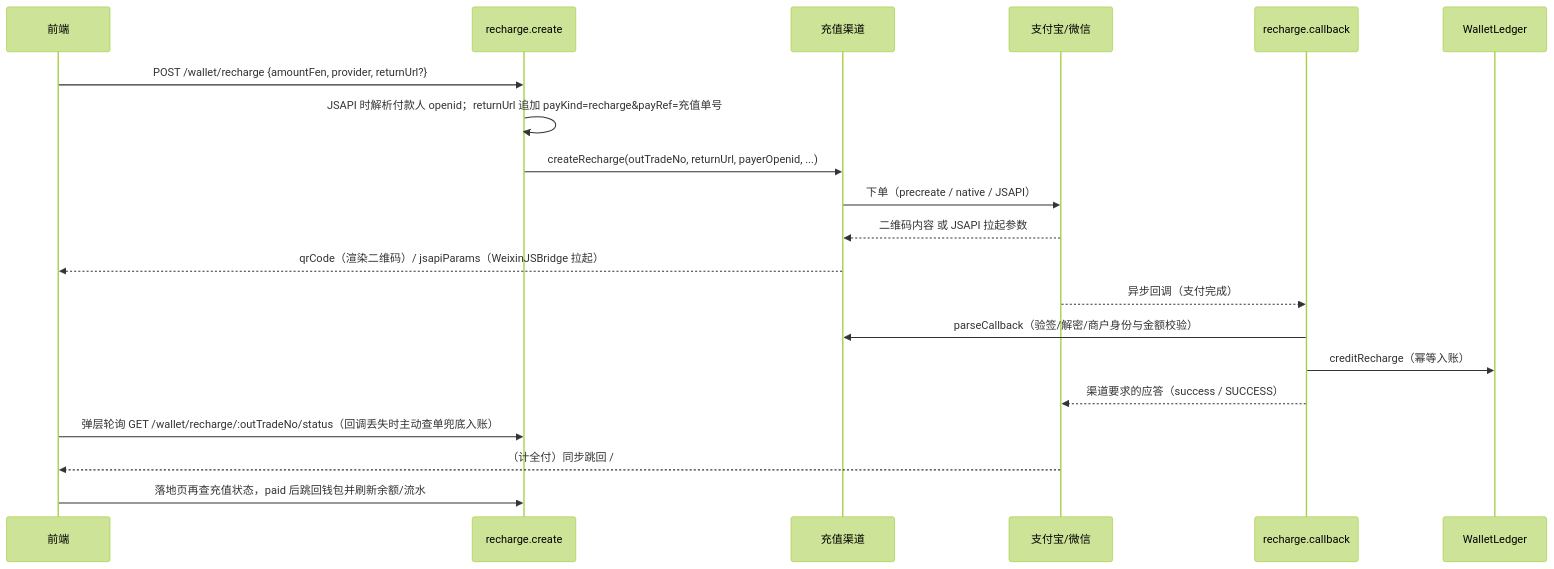
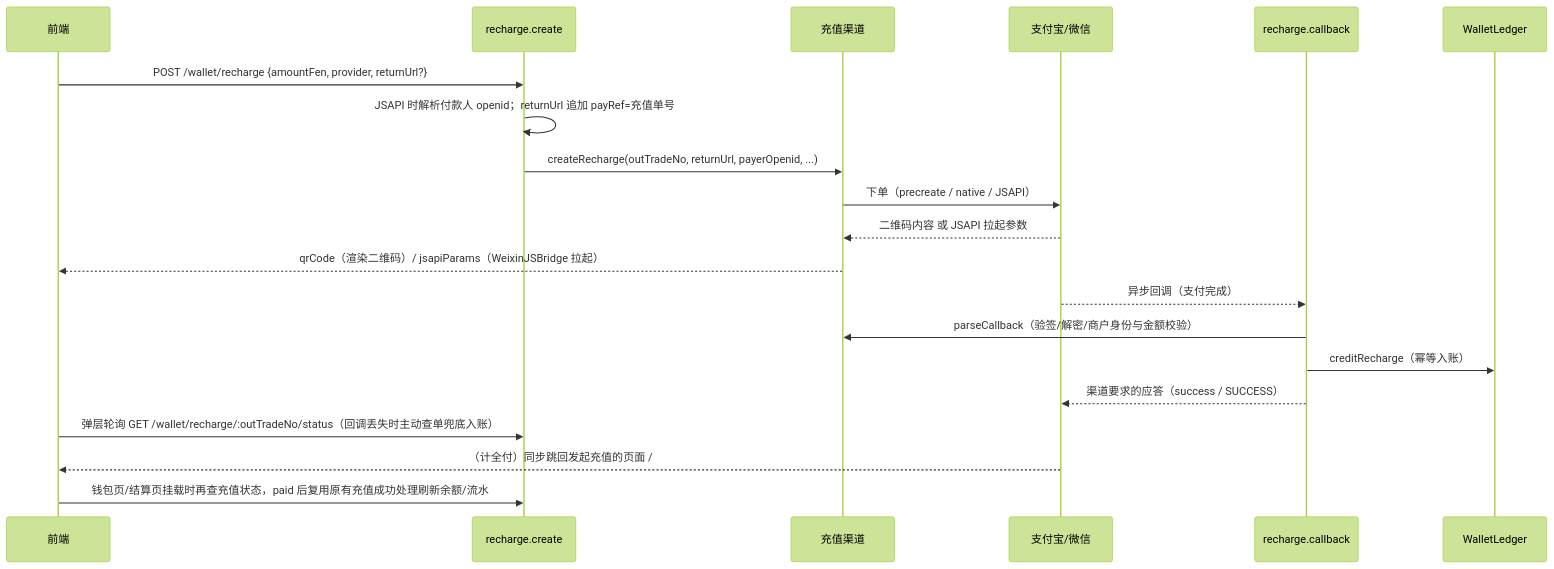
The second of 4 diagrams in docs/wallet.md (yiting001/E-sports-01), drawn with Mermaid (forest theme) before and after one commit. The commit also changed other lines of this file and 22 other files, not shown here.

````diff
--- a/docs/wallet.md
+++ b/docs/wallet.md
@@ -204,23 +204,23 @@
 ```mermaid
 sequenceDiagram
   participant FE as 前端
   participant API as recharge.create
   participant DRV as 充值渠道
   participant PAY as 支付宝/微信
   participant CB as recharge.callback
   participant LED as WalletLedger
 
   FE->>API: POST /wallet/recharge {amountFen, provider, returnUrl?}
-  API->>API: JSAPI 时解析付款人 openid；returnUrl 追加 payKind=recharge&payRef=充值单号
+  API->>API: JSAPI 时解析付款人 openid；returnUrl 追加 payRef=充值单号
   API->>DRV: createRecharge(outTradeNo, returnUrl, payerOpenid, ...)
   DRV->>PAY: 下单（precreate / native / JSAPI）
   PAY-->>DRV: 二维码内容 或 JSAPI 拉起参数
   DRV-->>FE: qrCode（渲染二维码）/ jsapiParams（WeixinJSBridge 拉起）
   PAY-->>CB: 异步回调（支付完成）
   CB->>DRV: parseCallback（验签/解密/商户身份与金额校验）
   CB->>LED: creditRecharge（幂等入账）
   CB-->>PAY: 渠道要求的应答（success / SUCCESS）
   FE->>API: 弹层轮询 GET /wallet/recharge/:outTradeNo/status（回调丢失时主动查单兜底入账）
-  PAY-->>FE: （计全付）同步跳回 /#/pay/return?payKind&payRef&returnPageAction
-  FE->>API: 落地页再查充值状态，paid 后跳回钱包并刷新余额/流水
+  PAY-->>FE: （计全付）同步跳回发起充值的页面 /#/wallet?payRef&returnPageAction
+  FE->>API: 钱包页/结算页挂载时再查充值状态，paid 后复用原有充值成功处理刷新余额/流水
 ```
````
